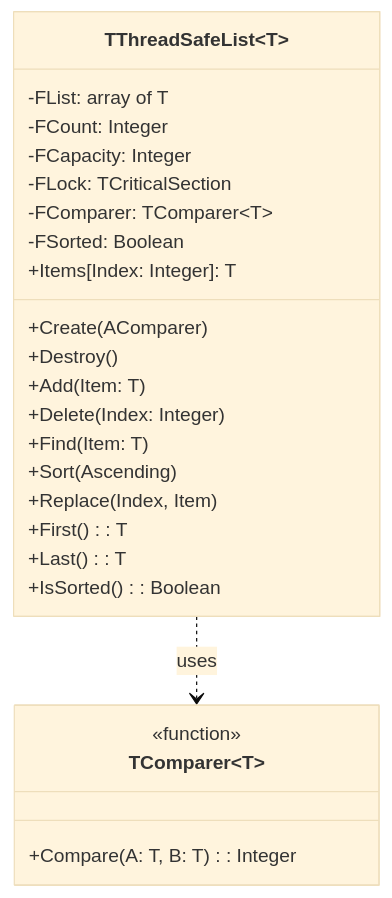
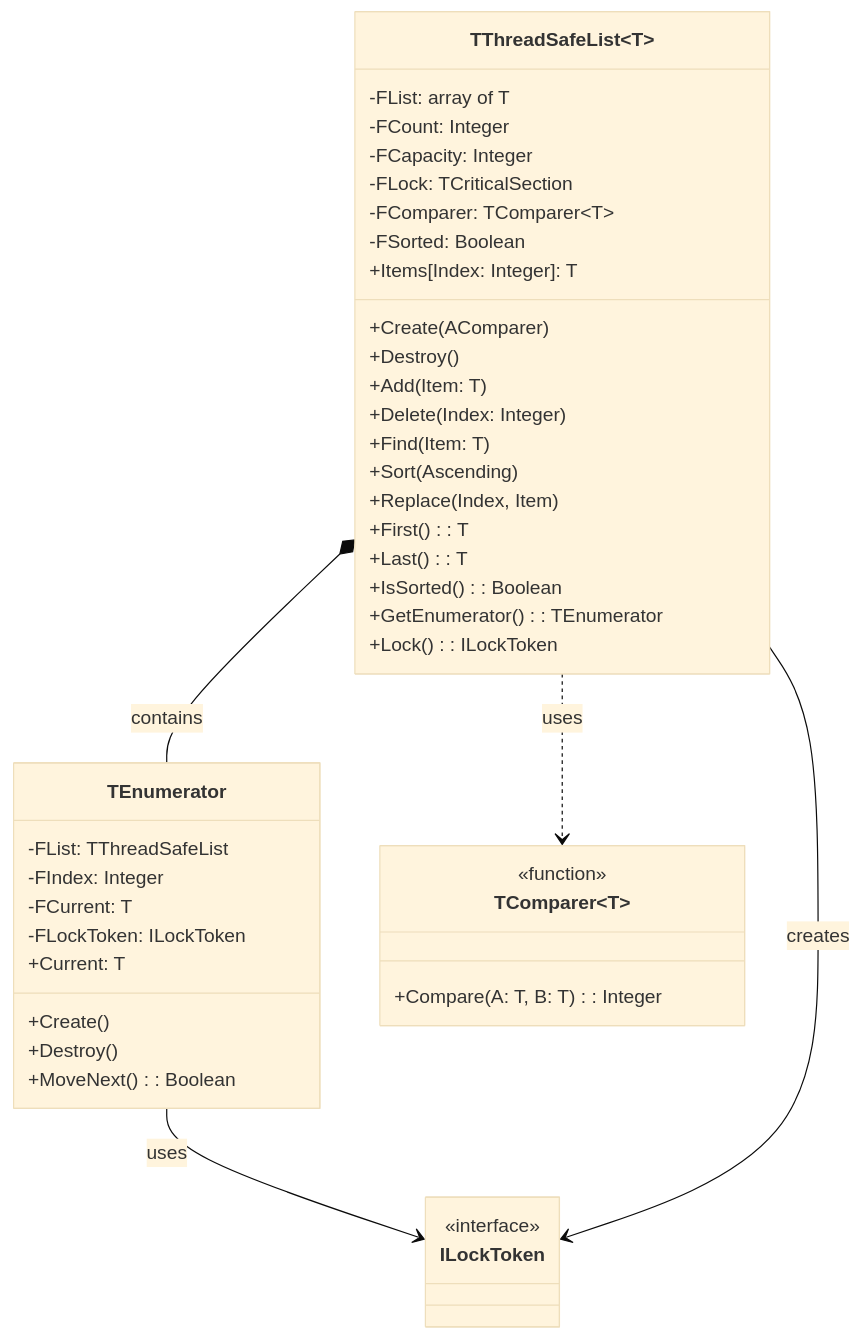
Before and after one commit to ikelaiah/threadsafecollections-fp: the diagram in docs/ThreadSafeCollections.List.md, drawn with Mermaid (base theme). The commit also changed other lines of this file, not shown here.

Commit message:
Update - List docs

````diff
--- a/docs/ThreadSafeCollections.List.md
+++ b/docs/ThreadSafeCollections.List.md
@@ -5,27 +5,49 @@
 ```mermaid
 classDiagram
 class TThreadSafeList~T~ {
   -FList: array of T
   -FCount: Integer
   -FCapacity: Integer
   -FLock: TCriticalSection
   -FComparer: TComparer~T~
   -FSorted: Boolean
   +Create(AComparer)
   +Destroy()
   +Add(Item: T)
   +Delete(Index: Integer)
   +Find(Item: T)
   +Sort(Ascending)
   +Replace(Index, Item)
   +First(): T
   +Last(): T
   +IsSorted(): Boolean
   +Items[Index: Integer]: T
+  +GetEnumerator(): TEnumerator
+  +Lock(): ILockToken
 }
+
+class TEnumerator {
+  -FList: TThreadSafeList
+  -FIndex: Integer
+  -FCurrent: T
+  -FLockToken: ILockToken
+  +Create()
+  +Destroy()
+  +MoveNext(): Boolean
+  +Current: T
+}
+
+class ILockToken {
+  <<interface>>
+}
+
 class TComparer~T~ {
   <<function>>
   +Compare(A: T, B: T): Integer
 }
+
 TThreadSafeList ..> TComparer : uses
+TThreadSafeList *-- TEnumerator : contains
+TEnumerator --> ILockToken : uses
+TThreadSafeList --> ILockToken : creates
 ```
````
